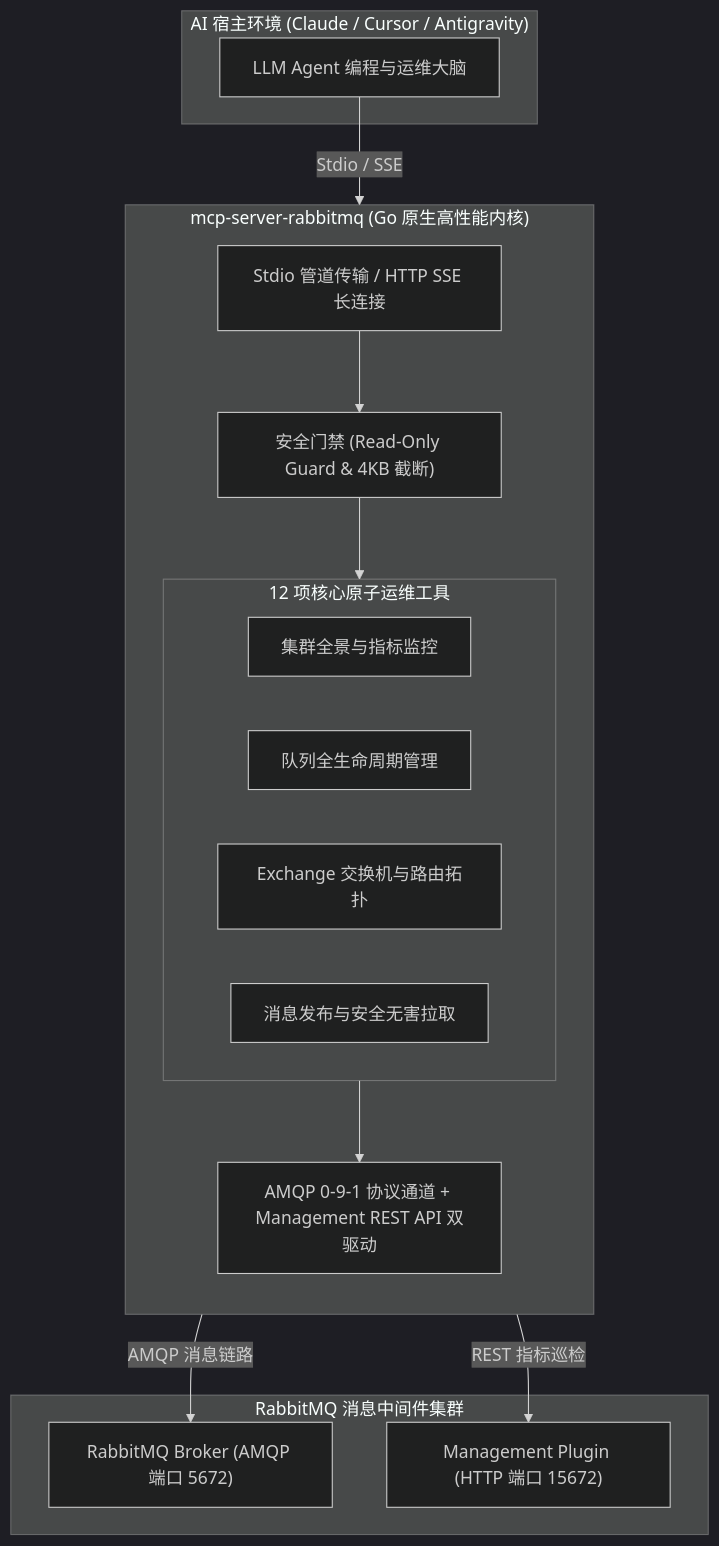
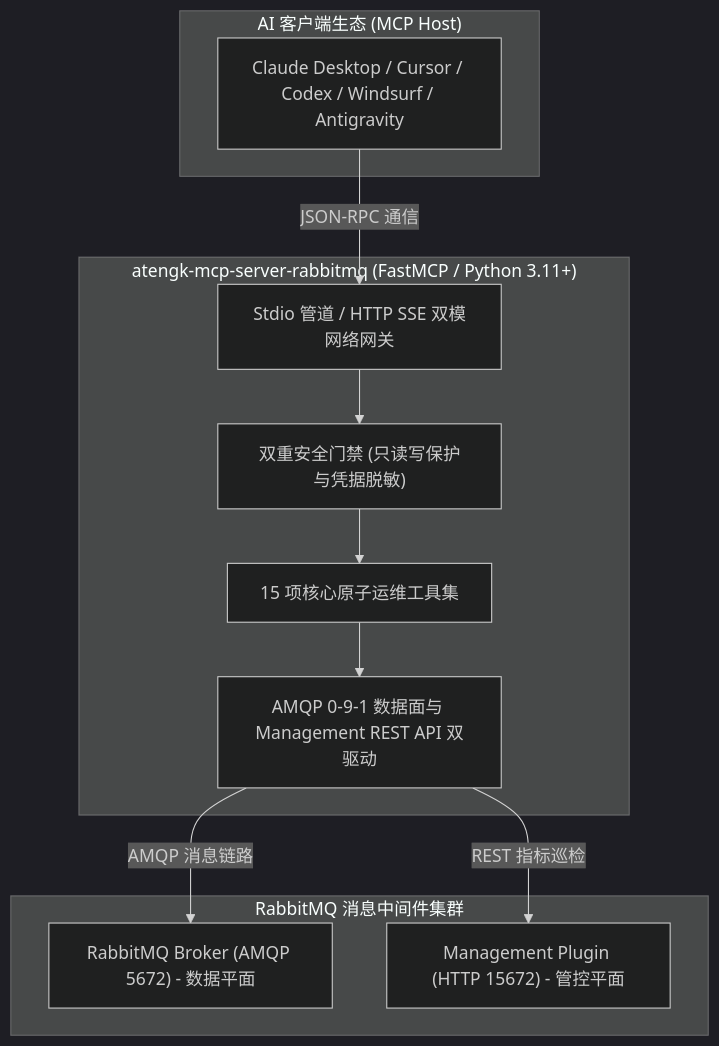
The diagram in docs/servers/messaging/rabbitmq.md (atengk/Ateng-MCP), drawn with Mermaid (dark theme) before and after one commit. The commit also changed other lines of this file and 14 other files, not shown here.

````diff
--- a/docs/servers/messaging/rabbitmq.md
+++ b/docs/servers/messaging/rabbitmq.md
@@ -24,33 +27,25 @@
 ```mermaid
 flowchart TD
-  subgraph AI_Host["AI 宿主环境 (Claude / Cursor / Antigravity)"]
-    Agent["LLM Agent 编程与运维大脑"]
+  subgraph AI_Host["AI 客户端生态 (MCP Host)"]
+    Client["Claude Desktop / Cursor / Codex / Windsurf / Antigravity"]
   end
 
-  subgraph MCP_Server["mcp-server-rabbitmq (Go 原生高性能内核)"]
-    direction TB
-    Transport["Stdio 管道传输 / HTTP SSE 长连接"]
-    Safety["安全门禁 (Read-Only Guard & 4KB 截断)"]
-    
-    subgraph Toolsets["12 项核心原子运维工具"]
-      Overview["集群全景与指标监控"]
-      QueueOps["队列全生命周期管理"]
-      ExchangeOps["Exchange 交换机与路由拓扑"]
-      MessageOps["消息发布与安全无害拉取"]
-    end
-
-    DualDriver["AMQP 0-9-1 协议通道 + Management REST API 双驱动"]
+  subgraph MCP_Server["atengk-mcp-server-rabbitmq (FastMCP / Python 3.11+)"]
+    Transport["Stdio 管道 / HTTP SSE 双模网络网关"]
+    Safety["双重安全门禁 (只读写保护与凭据脱敏)"]
+    Toolsets["15 项核心原子运维工具集"]
+    DualDriver["AMQP 0-9-1 数据面与 Management REST API 双驱动"]
   end
 
   subgraph Cluster["RabbitMQ 消息中间件集群"]
-    Broker["RabbitMQ Broker (AMQP 端口 5672)"]
-    MgmtAPI["Management Plugin (HTTP 端口 15672)"]
+    Broker["RabbitMQ Broker (AMQP 5672) - 数据平面"]
+    MgmtAPI["Management Plugin (HTTP 15672) - 管控平面"]
   end
 
-  Agent -->|Stdio / SSE| Transport
+  Client -->|JSON-RPC 通信| Transport
   Transport --> Safety
   Safety --> Toolsets
   Toolsets --> DualDriver
   DualDriver -->|AMQP 消息链路| Broker
   DualDriver -->|REST 指标巡检| MgmtAPI
 ```
````
